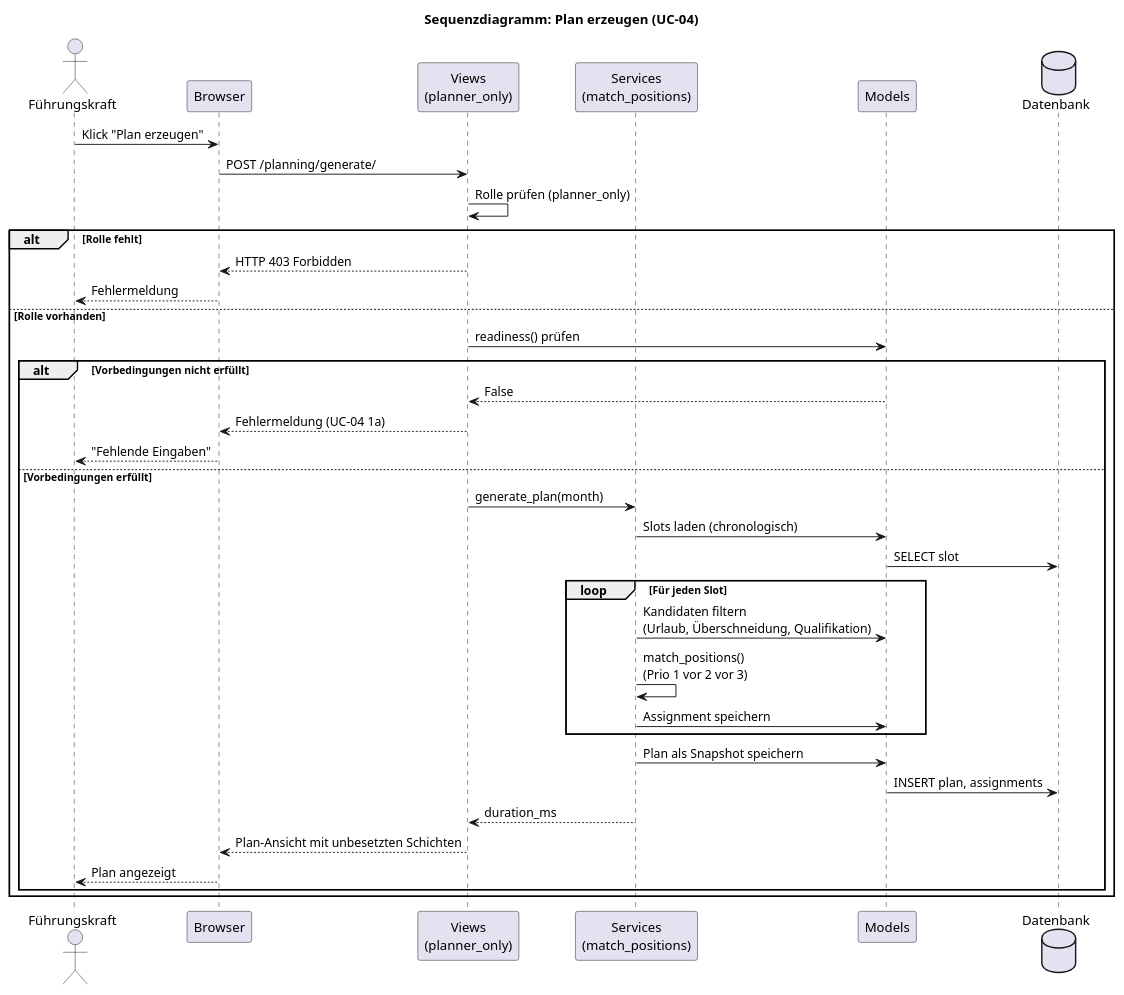
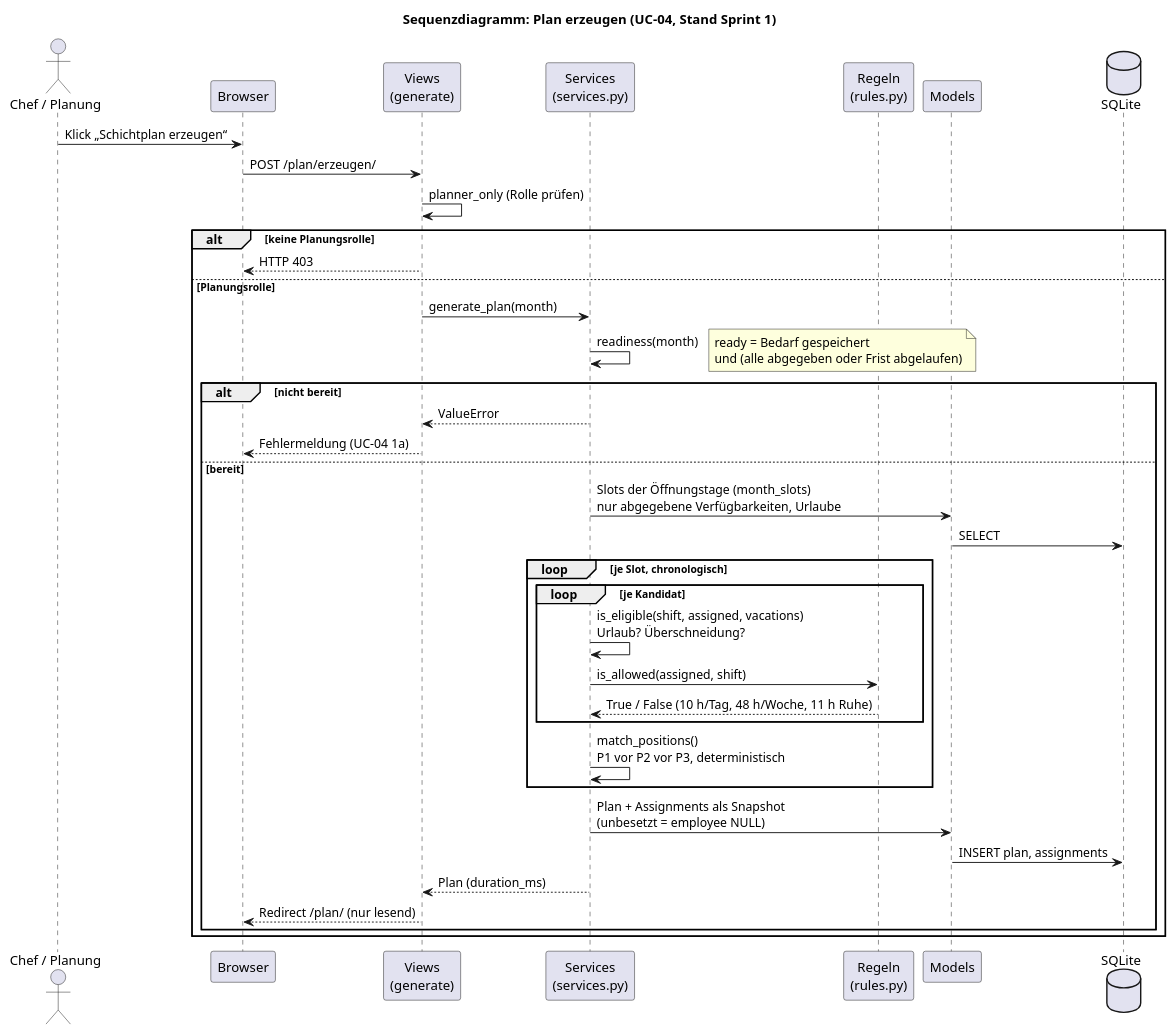
One commit to shiftplanner-hsfl-team/shiftplanner changed the diagram in docs/design/sequenz_plan_erzeugen.puml. Above: the diagram before and after it, drawn with PlantUML. The commit also changed 1 other file, not shown here.

Commit message:
DESIGN #26: Sequenz- und Aktivitaetsdiagramm mit Frist, Regelmodul und E-01
Claude-Session: https://claude.ai/code/session_01CJMuJmYc1zFL9wgktzrjdH

```diff
--- a/docs/design/sequenz_plan_erzeugen.puml
+++ b/docs/design/sequenz_plan_erzeugen.puml
@@ -1,44 +1,47 @@
 @startuml
-title Sequenzdiagramm: Plan erzeugen (UC-04)
+title Sequenzdiagramm: Plan erzeugen (UC-04, Stand Sprint 1)
 
-actor "Führungskraft" as chef
+actor "Chef / Planung" as chef
 participant "Browser" as browser
-participant "Views\n(planner_only)" as views
-participant "Services\n(match_positions)" as services
+participant "Views\n(generate)" as views
+participant "Services\n(services.py)" as services
+participant "Regeln\n(rules.py)" as rules
 participant "Models" as models
-database "Datenbank" as db
+database "SQLite" as db
 
-chef -> browser : Klick "Plan erzeugen"
-browser -> views : POST /planning/generate/
-views -> views : Rolle prüfen (planner_only)
+chef -> browser : Klick „Schichtplan erzeugen“
+browser -> views : POST /plan/erzeugen/
+views -> views : planner_only (Rolle prüfen)
 
-alt Rolle fehlt
-  views --> browser : HTTP 403 Forbidden
-  browser --> chef : Fehlermeldung
-else Rolle vorhanden
-  views -> models : readiness() prüfen
-  
-  alt Vorbedingungen nicht erfüllt
-    models --> views : False
+alt keine Planungsrolle
+  views --> browser : HTTP 403
+else Planungsrolle
+  views -> services : generate_plan(month)
+  services -> services : readiness(month)
+  note right
+    ready = Bedarf gespeichert
+    und (alle abgegeben oder Frist abgelaufen)
+  end note
+
+  alt nicht bereit
+    services --> views : ValueError
     views --> browser : Fehlermeldung (UC-04 1a)
-    browser --> chef : "Fehlende Eingaben"
-  else Vorbedingungen erfüllt
-    views -> services : generate_plan(month)
-    services -> models : Slots laden (chronologisch)
-    models -> db : SELECT slot
-    
-    loop Für jeden Slot
-      services -> models : Kandidaten filtern\n(Urlaub, Überschneidung, Qualifikation)
-      services -> services : match_positions()\n(Prio 1 vor 2 vor 3)
-      services -> models : Assignment speichern
+  else bereit
+    services -> models : Slots der Öffnungstage (month_slots)\nnur abgegebene Verfügbarkeiten, Urlaube
+    models -> db : SELECT
+    loop je Slot, chronologisch
+      loop je Kandidat
+        services -> services : is_eligible(shift, assigned, vacations)\nUrlaub? Überschneidung?
+        services -> rules : is_allowed(assigned, shift)
+        rules --> services : True / False (10 h/Tag, 48 h/Woche, 11 h Ruhe)
+      end
+      services -> services : match_positions()\nP1 vor P2 vor P3, deterministisch
     end
-    
-    services -> models : Plan als Snapshot speichern
+    services -> models : Plan + Assignments als Snapshot\n(unbesetzt = employee NULL)
     models -> db : INSERT plan, assignments
-    services --> views : duration_ms
-    views --> browser : Plan-Ansicht mit unbesetzten Schichten
-    browser --> chef : Plan angezeigt
+    services --> views : Plan (duration_ms)
+    views --> browser : Redirect /plan/ (nur lesend)
   end
 end
 
 @enduml
```
